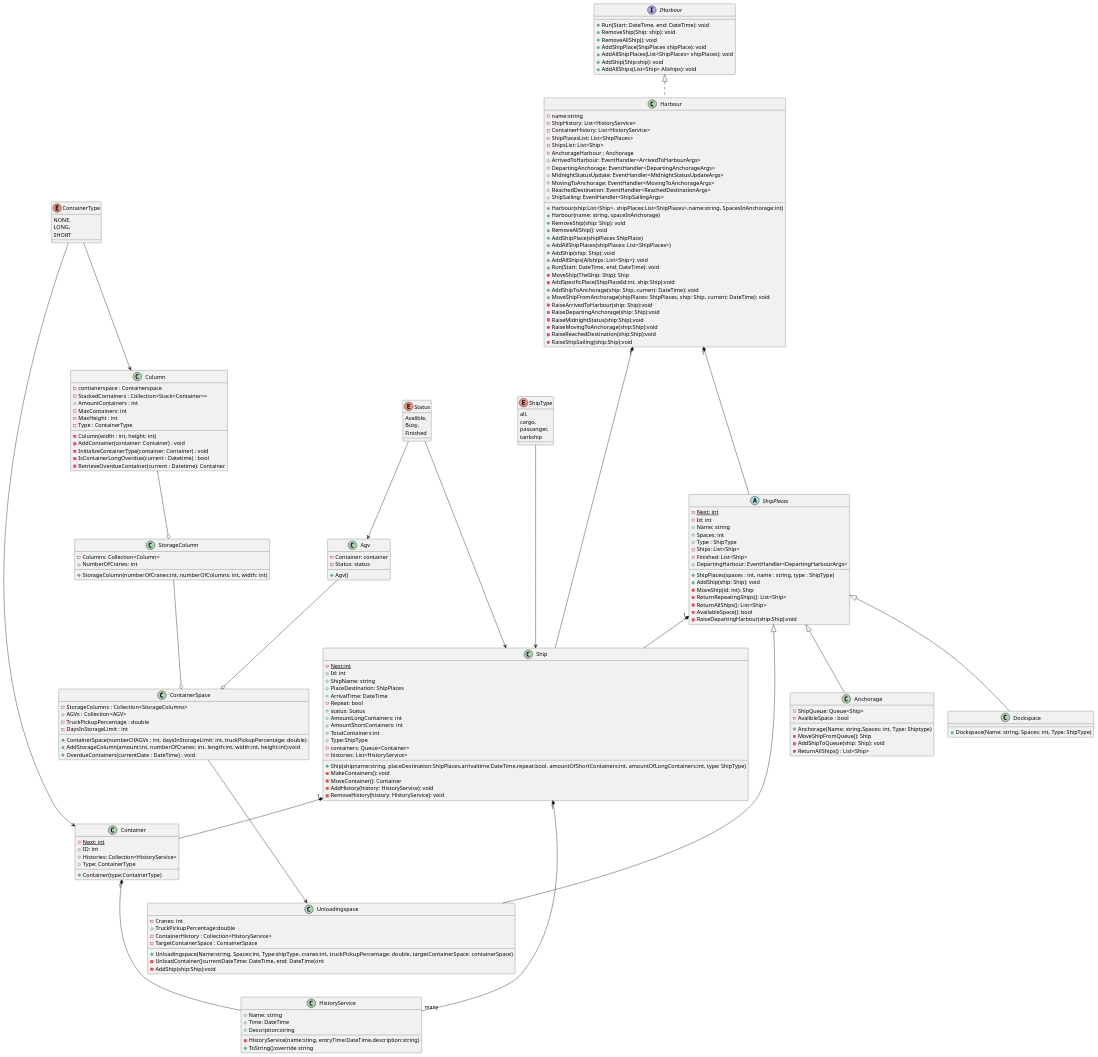
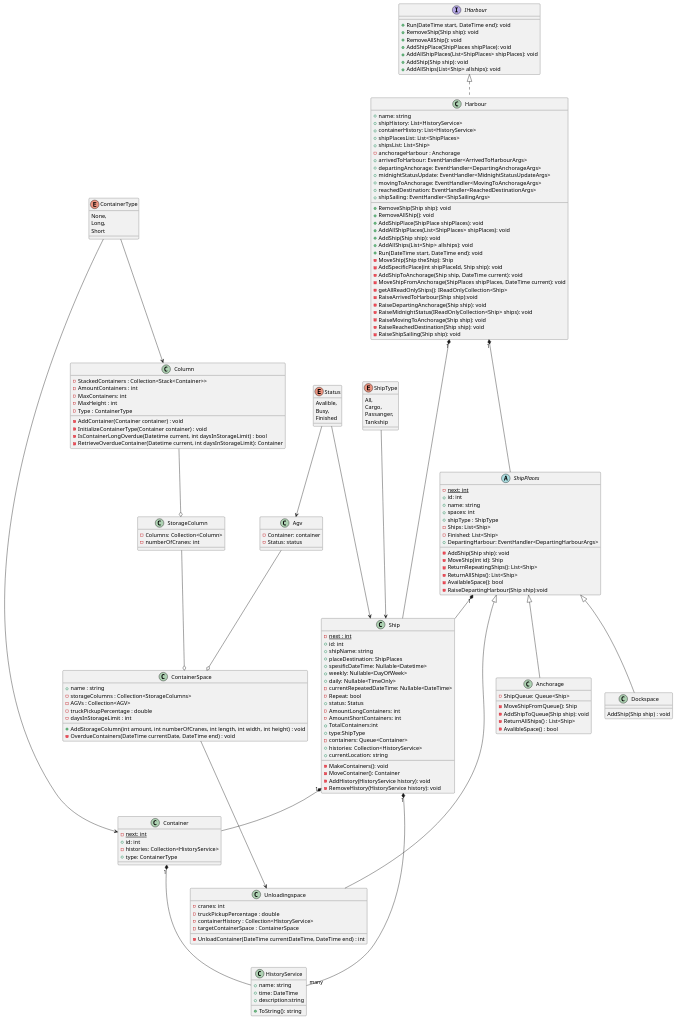
Before and after one commit to NET-og-Rammeverk-gruppe-MBFS/HavnAPI: the diagram in HavnAPIuml.puml, drawn with PlantUML.

Commit message:
Oppdaterte UML diagram

```diff
--- a/HavnAPIuml.puml
+++ b/HavnAPIuml.puml
@@ -3,171 +3,161 @@
 class Agv {
     -Container: container
     -Status: status
-    +Agv()
 }
 class Anchorage extends ShipPlaces {
     -ShipQueue: Queue<Ship>
-    +Anchorage(Name: string,Spaces: int, Type: Shiptype)
     -MoveShipFromQueue(): Ship
-    -AddShipToQueue(ship: Ship): void
+    -AddShipToQueue(Ship ship): void
     -ReturnAllShips() : List<Ship>
-    -AvalibleSpace : bool
+    -AvalibleSpace() : bool
 }
 class Column{
-    -contianerspace : Containerspace
     -StackedContainers : Collection<Stack<Container>>
-    +AmountContainers : int
+    -AmountContainers : int
     -MaxContainers: int
     -MaxHeight : int
     -Type : ContainerType
 
-    -Column(width : int, height: int)
-    -AddContainer(container: Container) : void
-    -InitializeContainerType(container: Container) : void
-    -IsContainerLongOverdue(current : Datetime) : bool
-    -RetrieveOverdueContainer(current : Datetime): Container
+    -AddContainer(Container container) : void
+    -InitializeContainerType(Container container) : void
+    -IsContainerLongOverdue(Datetime current, int daysInStorageLimit) : bool
+    -RetrieveOverdueContainer(Datetime current, int daysInStorageLimit): Container
 }
 class ContainerSpace {
-    -StorageColumns : Collection<StorageColumns>
-    +AGVs : Collection<AGV>
-    -TruckPickupPercentage : double
-    -DaysInStorageLimit : int
+    +name : string
+    -storageColumns : Collection<StorageColumns>
+    -AGVs : Collection<AGV>
+    -truckPickupPercentage : double
+    -daysInStorageLimit : int
 
-    +ContainerSpace(numberOfAGVs : int, daysInStorageLimit: int, truckPickupPercentage: double)
-    +AddStorageColumn(amount:int, numberOfCranes: int,  length:int, width:int, height:int):void
-    +OverdueContainers(currentDate : DateTime) : void
+    +AddStorageColumn(int amount, int numberOfCranes,  int length, int width, int height) : void
+    -OverdueContainers(DateTime currentDate, DateTime end) : void
 }
 class Dockspace extends ShipPlaces {
-    +Dockspace(Name: string, Spaces: int, Type: ShipType)
+    AddShip(Ship ship) : void
 }
 abstract class ShipPlaces {
-    {static} -Next: int
-    -Id: int
-    +Name: string
-    +Spaces: int
-    +Type : ShipType
+    {static} -next: int
+    +id: int
+    +name: string
+    +spaces: int
+    +shipType : ShipType
     -Ships: List<Ship>
     -Finished: List<Ship>
     +DepartingHarbour: EventHandler<DepartingHarbourArgs>
 
-    +ShipPlaces(spaces : int, name : string, type : ShipType)
-    +AddShip(ship: Ship): void
-    -MoveShip(id: int): Ship
+    -AddShip(Ship ship): void
+    -MoveShip(int id): Ship
     -ReturnRepeatingShips(): List<Ship>
     -ReturnAllShips(): List<Ship>
     -AvailableSpace(): bool
-    -RaiseDepartingHarbour(ship:Ship):void
+    -RaiseDepartingHarbour(Ship ship):void
 }
 
 class StorageColumn{
     -Columns: Collection<Column>
-    +NumberOfCranes: int
-
-    + StorageColumn(numberOfCranes:int, numberOfColumns: int, width: int)
+    -numberOfCranes: int
 }
 class Unloadingspace extends ShipPlaces {
-    -Cranes: int
-    +TruckPickupPercentage:double
-    -ContainerHistory : Collection<HistoryService>
-    -TargetContainerSpace : ContainerSpace
+    -cranes: int
+    -truckPickupPercentage : double
+    -containerHistory : Collection<HistoryService>
+    -targetContainerSpace : ContainerSpace
 
-    +Unloadingspace(Name:string, Spaces:int, Type:shipType, cranes:int, truckPickupPercentage: double, targetContainerSpace: containerSpace)
-    -UnloadContainer((currentDateTime: DateTime, end: DateTime):int
-    -AddShip(ship:Ship):void
+    -UnloadContainer(DateTime currentDateTime, DateTime end) : int
 }
 class Container {
-    {static} - Next: int
-    +ID: int
-    +Histories: Collection<HistoryService>
-    +Type: ContainerType
-
-    +Container(type:ContainerType)
+    {static} - next: int
+    +id: int
+    -histories: Collection<HistoryService>
+    +type: ContainerType
 }
 class HistoryService {
-    +Name: string
-    +Time: DateTime
-    +Description:string
+    +name: string
+    +time: DateTime
+    +description:string
 
-    -HistoryService(name:sting, entryTime:DateTime,description:string)
-    +ToString():override string
+    +ToString(): string
 }
 
 class Ship {
-    {static} -Next:int
-    +Id: int
-    +ShipName: string
-    +PlaceDestination: ShipPlaces
-    +ArrivalTime: DateTime
+    {static} -next : int
+    +id: int
+    +shipName: string
+    +placeDestination: ShipPlaces
+    +spesificDateTime: Nullable<Datetime>
+    +weekly: Nullable<DayOfWeek>
+    +daily: Nullable<TimeOnly>
+    -currentRepeatedDateTime: Nullable<DateTime>
     -Repeat: bool
     +status: Status
-    +AmountLongContainers: int
-    +AmountShortContainers: int
+    -AmountLongContainers: int
+    -AmountShortContainers: int
     +TotalContainers:int
-    +Type:ShipType
+    +type:ShipType
     -containers: Queue<Container>
-    -histories: List<HistoryService>
+    +histories: Collection<HistoryService>
+    +currentLocation: string
 
-    +Ship(shipname:string, placeDestination:ShipPlaces,arrivaltime:DateTime,repeat:bool, amountOfShortContainers:int, amountOfLongContainers:int, type: ShipType)
     -MakeContainers(): void
     -MoveContainer(): Container
-    -AddHistory(history: HistoryService): void
-    -RemoveHistory(history: HistoryService): void
+    -AddHistory(HistoryService history): void
+    -RemoveHistory(HistoryService history): void
 }
 
 class Harbour implements IHarbour {
-    -name:string
-    -ShipHistory: List<HistoryService>
-    -ContainerHistory: List<HistoryService>
-    -ShipPlacesList: List<ShipPlaces>
-    -ShipsList: List<Ship>
-    -AnchorageHarbour : Anchorage
-    +ArrivedToHarbour: EventHandler<ArrivedToHarbourArgs>
-    +DepartingAnchorage: EventHandler<DepartingAnchorageArgs>
-    +MidnightStatusUpdate: EventHandler<MidnightStatusUpdateArgs>
-    +MovingToAnchorage: EventHandler<MovingToAnchorageArgs>
-    +ReachedDestination: EventHandler<ReachedDestinationArgs>
-    +ShipSailing: EventHandler<ShipSailingArgs>
+    +name: string
+    +shipHistory: List<HistoryService>
+    +containerHistory: List<HistoryService>
+    +shipPlacesList: List<ShipPlaces>
+    +shipsList: List<Ship>
+    -anchorageHarbour : Anchorage
+    +arrivedToHarbour: EventHandler<ArrivedToHarbourArgs>
+    +departingAnchorage: EventHandler<DepartingAnchorageArgs>
+    +midnightStatusUpdate: EventHandler<MidnightStatusUpdateArgs>
+    +movingToAnchorage: EventHandler<MovingToAnchorageArgs>
+    +reachedDestination: EventHandler<ReachedDestinationArgs>
+    +shipSailing: EventHandler<ShipSailingArgs>
 
-    +Harbour(ship:List<Ship>, shipPlaces:List<ShipPlaces>,name:string, SpacesInAnchorage:int)
-    +Harbour(name: string, spaceInAnchorage)
-    +RemoveShip(ship: Ship): void
+    +RemoveShip(Ship ship): void
     +RemoveAllShip(): void
-    +AddShipPlace(shipPlaces ShipPlace)
-    +AddAllShipPlaces(shipPlaces: List<ShipPlaces>)
-    +AddShip(ship: Ship): void
-    +AddAllShips(Allships: List<Ship>): void
-    +Run(Start: DateTime, end: DateTime): void
-    -MoveShip(TheShip: Ship): Ship
-    -AddSpecificPlace(ShipPlaceId:int, ship:Ship):void
-    +AddShipToAnchorage(ship: Ship, current: DateTime): void
-    +MoveShipFromAnchorage(shipPlaces: ShipPlaces, ship: Ship, current: DateTime): void
-    -RaiseArrivedToHarbour(ship: Ship):void
-    -RaiseDepartingAnchorage(ship: Ship):void
-    -RaiseMidnightStatus(ship:Ship):void
-    -RaiseMovingToAnchorage(ship:Ship):void
-    -RaiseReachedDestination(ship:Ship):void
-    -RaiseShipSailing(ship:Ship):void
+    +AddShipPlace(ShipPlace shipPlaces): void
+    +AddAllShipPlaces(List<ShipPlaces> shipPlaces): void
+    +AddShip(Ship ship): void
+    +AddAllShips(List<Ship> allships): void
+    +Run(DateTime start, DateTime end): void
+    -MoveShip(Ship theShip): Ship
+    -AddSpecificPlace(int shipPlaceId, Ship ship): void
+    -AddShipToAnchorage(Ship ship, DateTime current): void
+    -MoveShipFromAnchorage(ShipPlaces shipPlaces, DateTime current): void
+    -getAllReadOnlyShips(): IReadOnlyCollection<Ship>
+    -RaiseArrivedToHarbour(Ship ship):void
+    -RaiseDepartingAnchorage(Ship ship): void
+    -RaiseMidnightStatus(IReadOnlyCollection<Ship> ships): void
+    -RaiseMovingToAnchorage(Ship ship): void
+    -RaiseReachedDestination(Ship ship): void
+    -RaiseShipSailing(Ship ship): void
 }
 interface IHarbour {
-    +Run(Start: DateTime, end: DateTime): void
-    +RemoveShip(Ship: ship): void
+    +Run(DateTime start, DateTime end): void
+    +RemoveShip(Ship ship): void
     +RemoveAllShip(): void
     +AddShipPlace(ShipPlaces shipPlace): void
     +AddAllShipPlaces(List<ShipPlaces> shipPlaces): void
-    +AddShip(Ship:ship): void
-    +AddAllShips(List<Ship> Allships): void
+    +AddShip(Ship ship): void
+    +AddAllShips(List<Ship> allships): void
 }
 enum ContainerType{
-    NONE,
-    LONG,
-    SHORT
+    None,
+    Long,
+    Short
 }
 
 enum ShipType{
-    all,
-    cargo,
-    passanger,
-    tankship
+    All,
+    Cargo,
+    Passanger,
+    Tankship
 }
 enum Status{
     Avalible,
```
